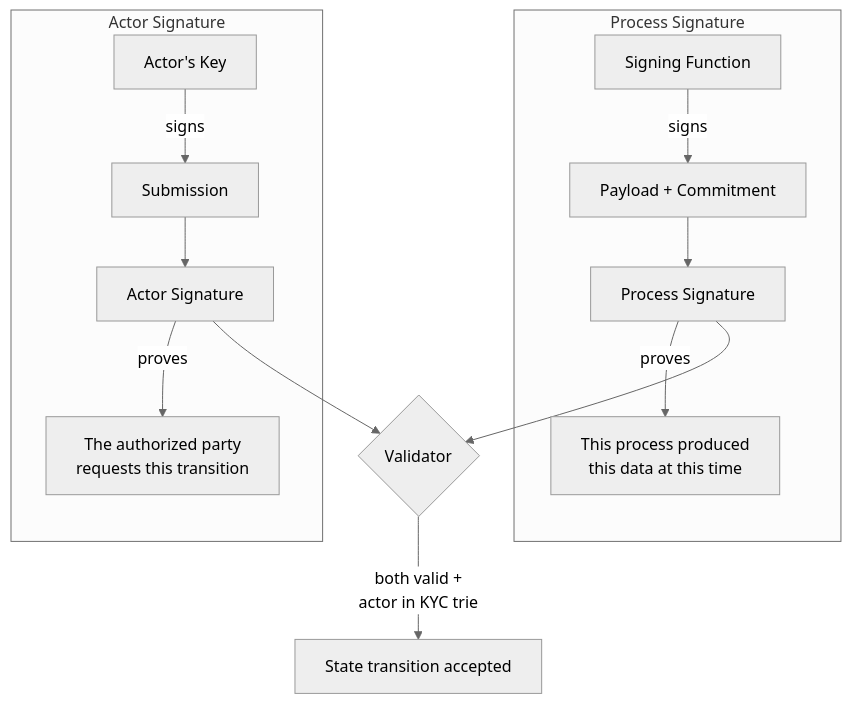
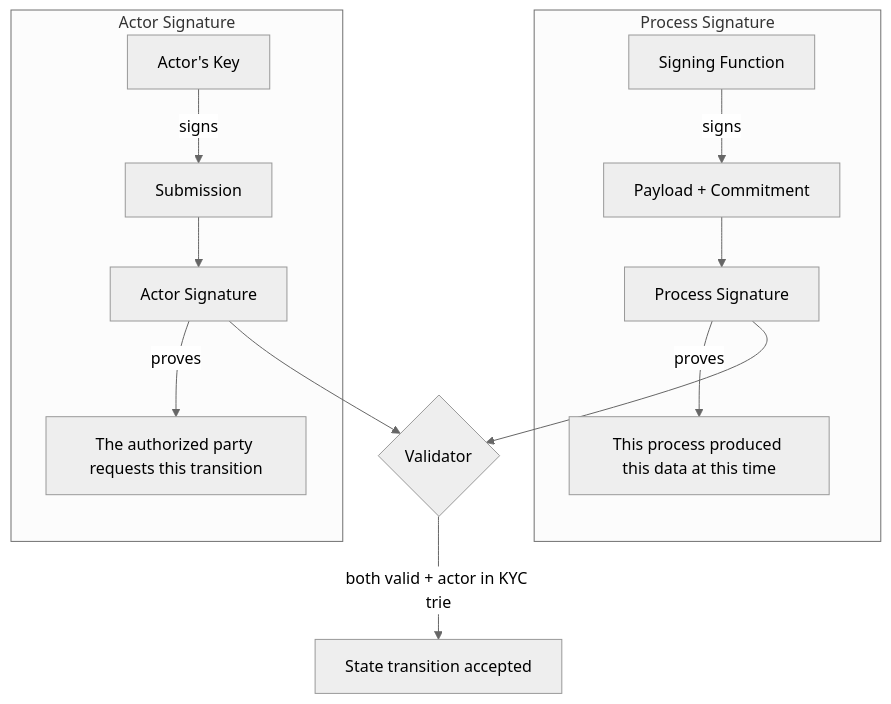
Diagram 13 of 19 in docs/framework/schema.md (lambdasistemi/cardano-for-regulators), drawn with Mermaid (neutral theme) before and after one commit. The commit also changed other lines of this file and 1 other file, not shown here.

First line of the commit message:
fix: replace HTML tags in mermaid node labels with plain text

````diff
--- a/docs/framework/schema.md
+++ b/docs/framework/schema.md
@@ -491,18 +491,18 @@
 ```mermaid
 graph TD
     subgraph Process Signature
         SF[Signing Function] -->|signs| PL[Payload + Commitment]
         PL --> PS[Process Signature]
-        PS -->|proves| ID[This process produced<br/>this data at this time]
+        PS -->|proves| ID["This process produced this data at this time"]
     end
 
     subgraph Actor Signature
         AK[Actor's Key] -->|signs| SUB[Submission]
         SUB --> AS[Actor Signature]
-        AS -->|proves| AUTH[The authorized party<br/>requests this transition]
+        AS -->|proves| AUTH["The authorized party requests this transition"]
     end
 
     PS --> V{Validator}
     AS --> V
-    V -->|both valid +<br/>actor in KYC trie| OK[State transition accepted]
+    V -->|both valid + actor in KYC trie| OK[State transition accepted]
 ```
````
